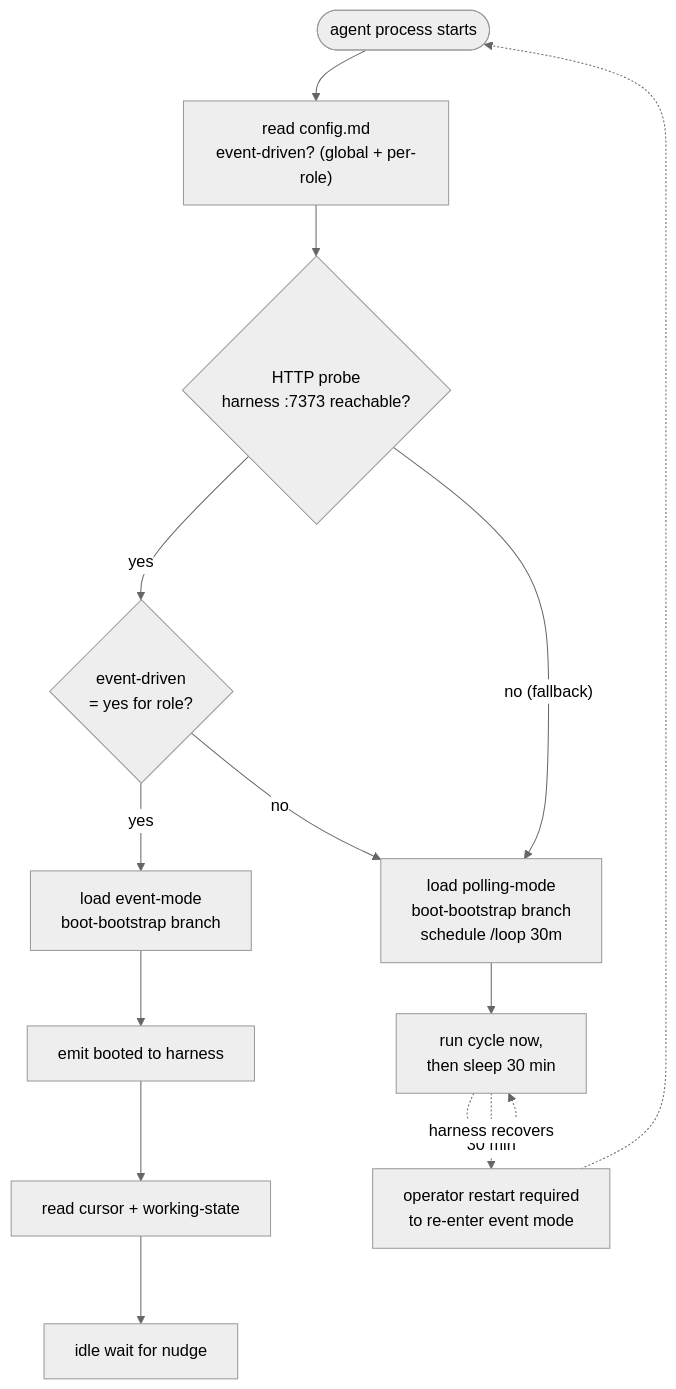
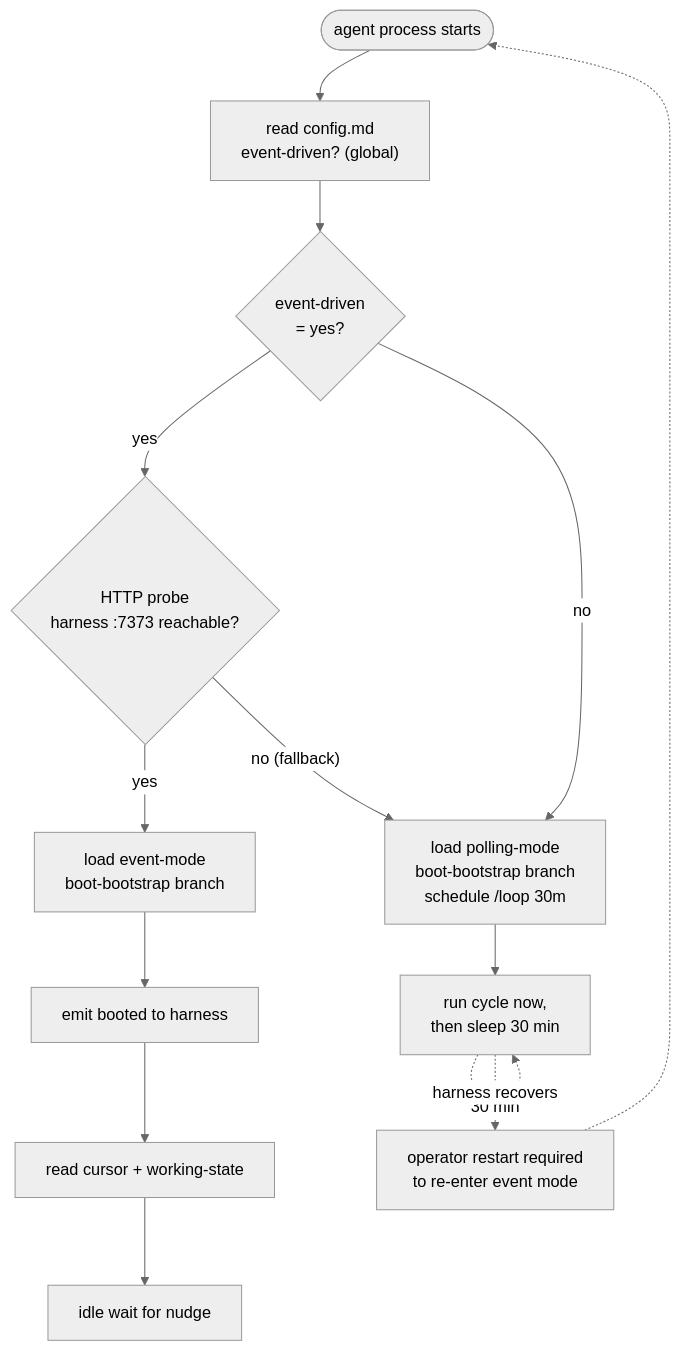
Before and after one commit to WallyDoodlez/SquidSquad: diagram 16 of 16 in docs/AGENT-RUNTIME.md, drawn with Mermaid (neutral theme). The commit also changed other lines of this file and 6 other files, not shown here.

````diff
--- a/docs/AGENT-RUNTIME.md
+++ b/docs/AGENT-RUNTIME.md
@@ -934,23 +934,23 @@
 ```mermaid
 flowchart TD
     Start([agent process starts])
-    ReadConfig["read config.md<br/>event-driven? (global + per-role)"]
+    ReadConfig["read config.md<br/>event-driven? (global)"]
+    ConfigGate{event-driven<br/>= yes?}
     Probe{HTTP probe<br/>harness :7373 reachable?}
-    ConfigGate{event-driven<br/>= yes for role?}
     LoadEvent[load event-mode<br/>boot-bootstrap branch]
     LoadPoll["load polling-mode<br/>boot-bootstrap branch<br/>schedule /loop 30m"]
     EmitBoot["emit booted to harness"]
     ReadCursor["read cursor + working-state"]
     Idle["idle wait for nudge"]
     PollLoop["run cycle now,<br/>then sleep 30 min"]
     OpRestart["operator restart required<br/>to re-enter event mode"]
 
-    Start --> ReadConfig --> Probe
-    Probe -->|"yes"| ConfigGate
-    ConfigGate -->|"yes"| LoadEvent --> EmitBoot --> ReadCursor --> Idle
+    Start --> ReadConfig --> ConfigGate
+    ConfigGate -->|"yes"| Probe
     ConfigGate -->|"no"| LoadPoll
+    Probe -->|"yes"| LoadEvent --> EmitBoot --> ReadCursor --> Idle
     Probe -->|"no (fallback)"| LoadPoll
     LoadPoll --> PollLoop
     PollLoop -.->|"30 min"| PollLoop
     PollLoop -.->|"harness recovers"| OpRestart -.-> Start
 ```
````
